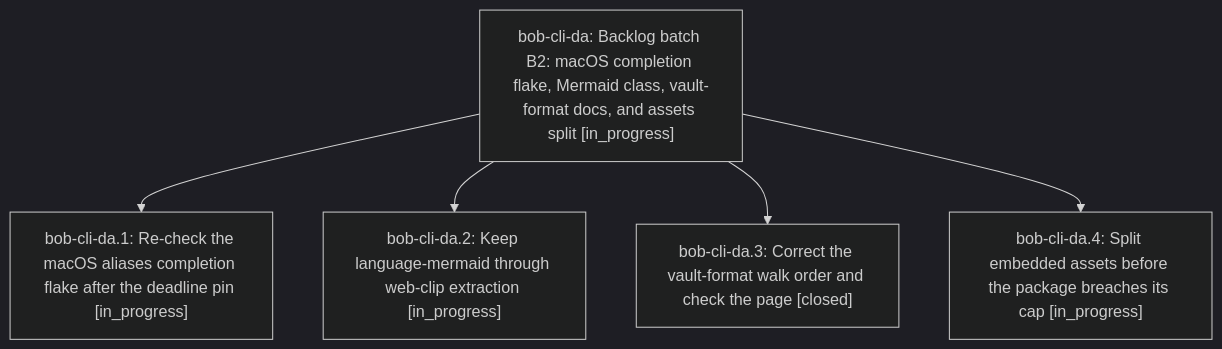
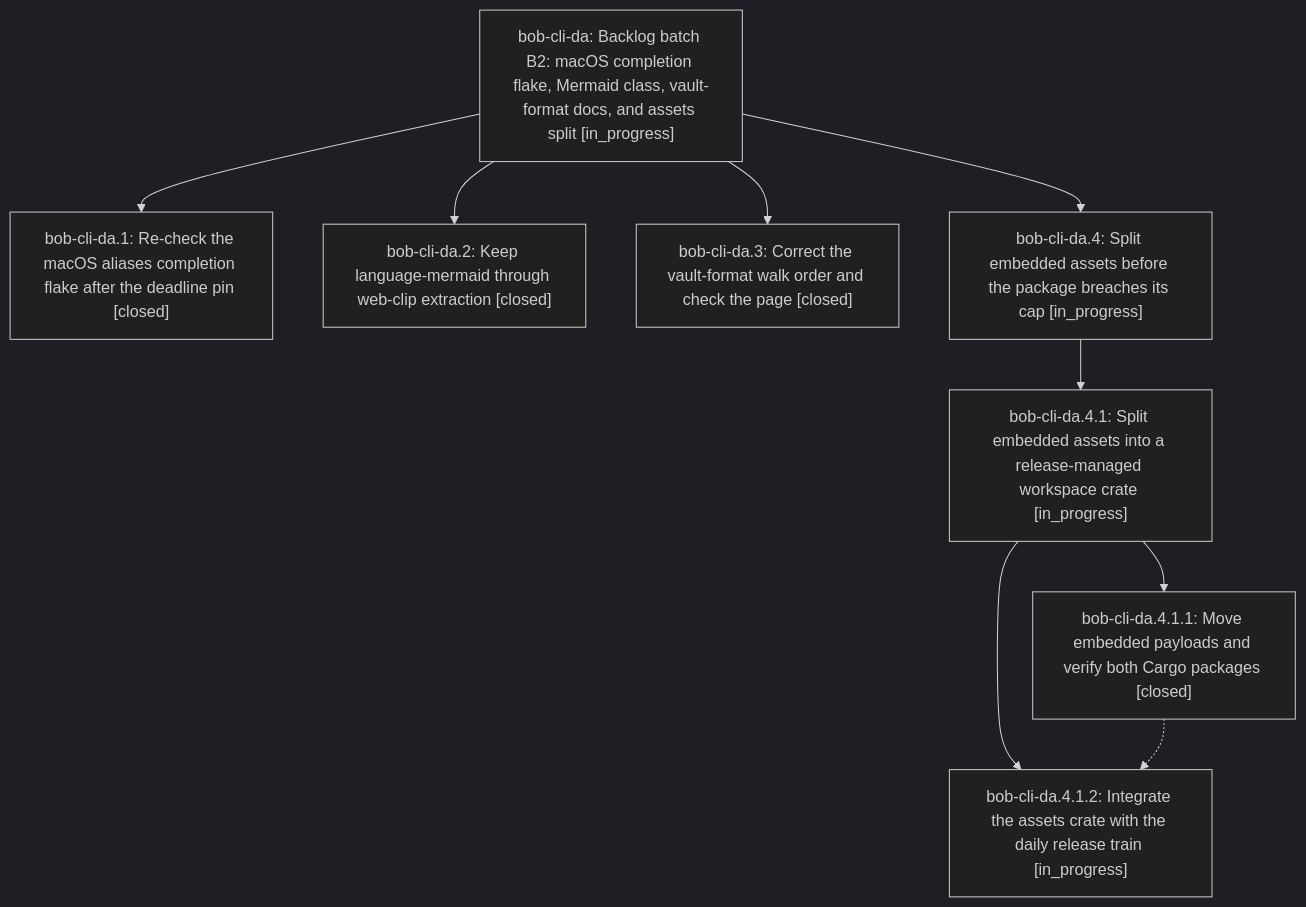
One commit to bobs-org/bob-cli--beads changed the diagram in pages/bob-cli-da/README.md. Above: the diagram before and after it, drawn with Mermaid (dark theme). The commit also changed other lines of this file and 7 other files, not shown here.

First line of the commit message:
chore(beads): sync bead state and pages for bob-cli-da

````diff
--- a/pages/bob-cli-da/README.md
+++ b/pages/bob-cli-da/README.md
@@ -25,12 +25,19 @@
 ```mermaid
 flowchart TD
     n0["bob-cli-da: Backlog batch B2: macOS completion flake, Mermaid class, vault-format docs, and assets split [in_progress]"]
-    n1["bob-cli-da.1: Re-check the macOS aliases completion flake after the deadline pin [in_progress]"]
-    n2["bob-cli-da.2: Keep language-mermaid through web-clip extraction [in_progress]"]
+    n1["bob-cli-da.1: Re-check the macOS aliases completion flake after the deadline pin [closed]"]
+    n2["bob-cli-da.2: Keep language-mermaid through web-clip extraction [closed]"]
     n3["bob-cli-da.3: Correct the vault-format walk order and check the page [closed]"]
     n4["bob-cli-da.4: Split embedded assets before the package breaches its cap [in_progress]"]
+    n5["bob-cli-da.4.1: Split embedded assets into a release-managed workspace crate [in_progress]"]
+    n6["bob-cli-da.4.1.1: Move embedded payloads and verify both Cargo packages [closed]"]
+    n7["bob-cli-da.4.1.2: Integrate the assets crate with the daily release train [in_progress]"]
     n0 --> n1
     n0 --> n2
     n0 --> n3
     n0 --> n4
+    n4 --> n5
+    n5 --> n6
+    n5 --> n7
+    n6 -.-> n7
 ```
````
